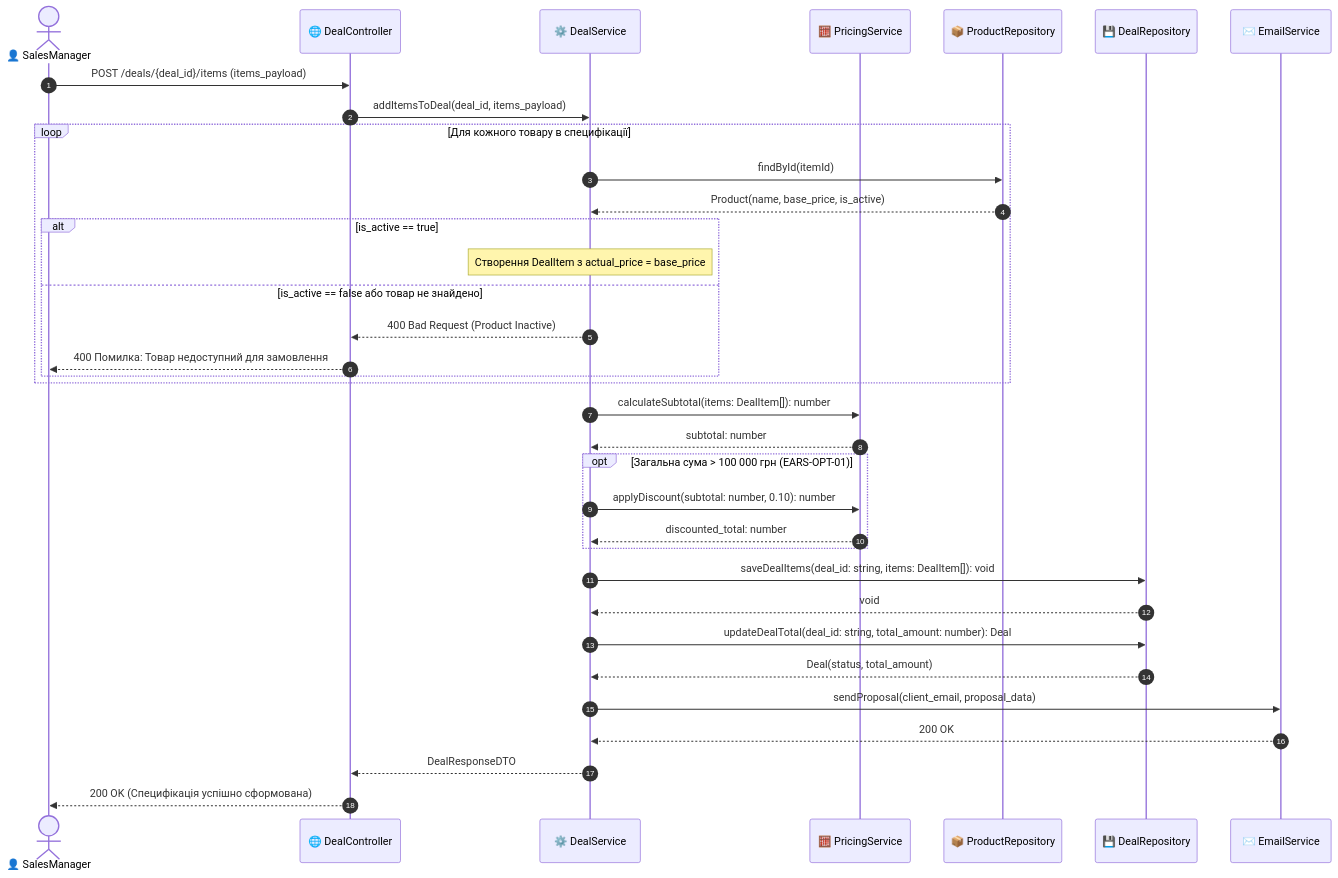
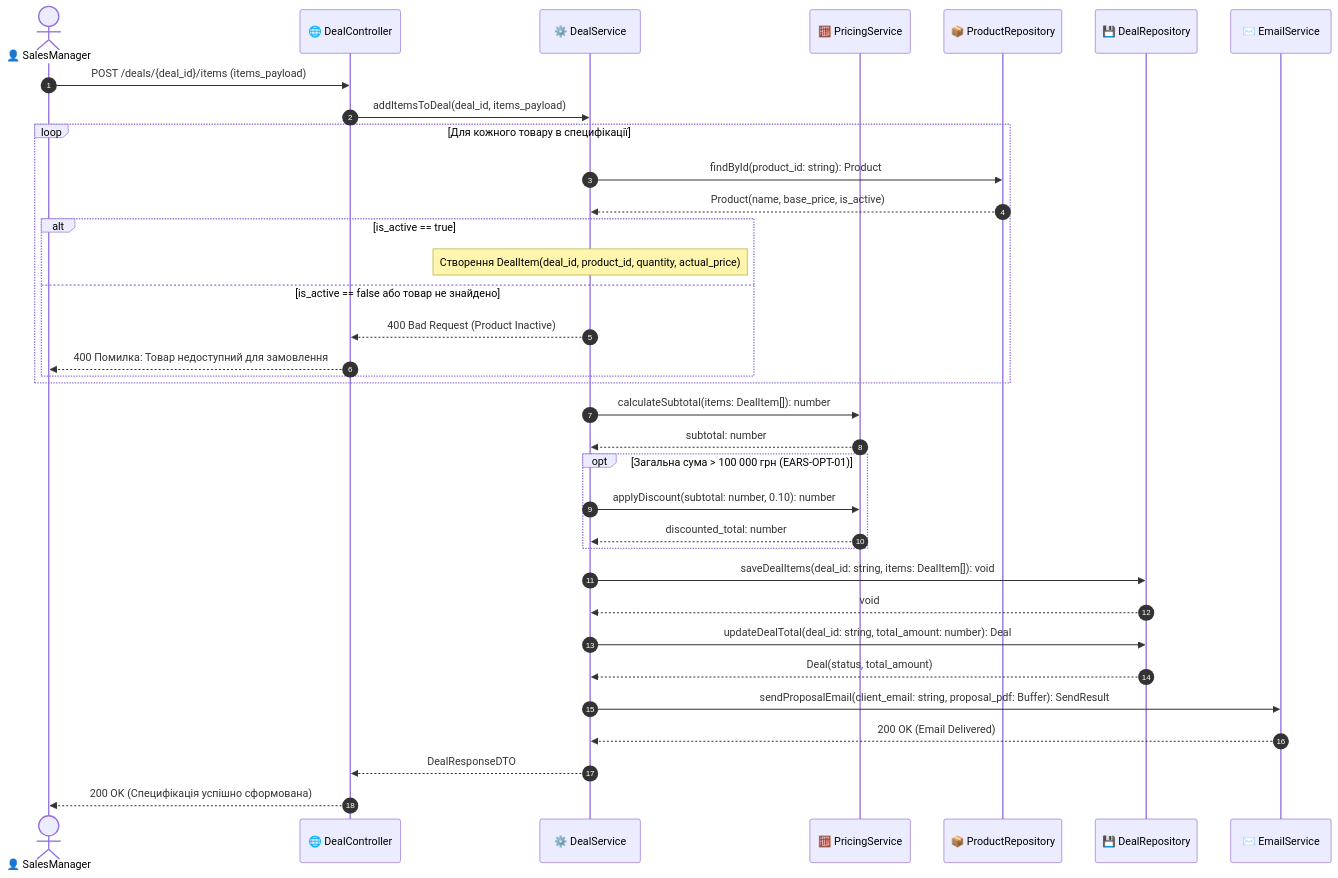
One commit to young3rrrr/KPI changed the diagram in Lab 3/model.mermaid. Above: the diagram before and after it, drawn with Mermaid. The commit also changed 2 other files, not shown here.

Commit message:
fix(spec): synchronize method parameter names with Lab 1 ER schema

```diff
--- a/Lab 3/model.mermaid
+++ b/Lab 3/model.mermaid
@@ -1,47 +1,46 @@
 sequenceDiagram
     autonumber
     actor Manager as 👤 SalesManager
     participant Controller as 🌐 DealController
     participant Service as ⚙️ DealService
     participant Pricing as 🧮 PricingService
     participant ProdRepo as 📦 ProductRepository
     participant DealRepo as 💾 DealRepository
     participant Email as ✉️ EmailService
 
     Manager ->> Controller: POST /deals/{deal_id}/items (items_payload)
     Controller ->> Service: addItemsToDeal(deal_id, items_payload)
 
-    %% Цикл по товарах (з дефектом D-03: назви itemId, cost)
+    %% Цикл по товарах з фіксацією DealItem
     loop Для кожного товару в специфікації
-        Service ->> ProdRepo: findById(itemId)
+        Service ->> ProdRepo: findById(product_id: string): Product
         ProdRepo -->> Service: Product(name, base_price, is_active)
-        %% Блок перевірки (з дефектом D-02: відсутня гілка else)
         alt is_active == true
-            Note over Service: Створення DealItem з actual_price = base_price
+            Note over Service: Створення DealItem(deal_id, product_id, quantity, actual_price)
         else is_active == false або товар не знайдено
             Service -->> Controller: 400 Bad Request (Product Inactive)
             Controller -->> Manager: 400 Помилка: Товар недоступний для замовлення
         end
     end
 
     %% Розрахунок вартості
     Service ->> Pricing: calculateSubtotal(items: DealItem[]): number
     Pricing -->> Service: subtotal: number
 
     opt Загальна сума > 100 000 грн (EARS-OPT-01)
         Service ->> Pricing: applyDiscount(subtotal: number, 0.10): number
         Pricing -->> Service: discounted_total: number
     end
 
     %% Збереження позицій та оновлення суми угоди
     Service ->> DealRepo: saveDealItems(deal_id: string, items: DealItem[]): void
     DealRepo -->> Service: void
     Service ->> DealRepo: updateDealTotal(deal_id: string, total_amount: number): Deal
     DealRepo -->> Service: Deal(status, total_amount)
 
     %% Асинхронна відправка комерційної пропозиції
-    Service ->> Email: sendProposal(client_email, proposal_data)
-    Email -->> Service: 200 OK
+    Service ->> Email: sendProposalEmail(client_email: string, proposal_pdf: Buffer): SendResult
+    Email -->> Service: 200 OK (Email Delivered)
 
     Service -->> Controller: DealResponseDTO
     Controller -->> Manager: 200 OK (Специфікація успішно сформована)
```
